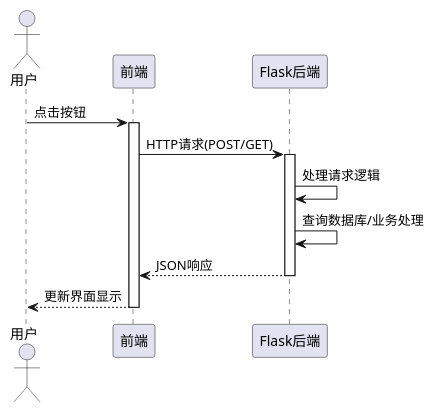
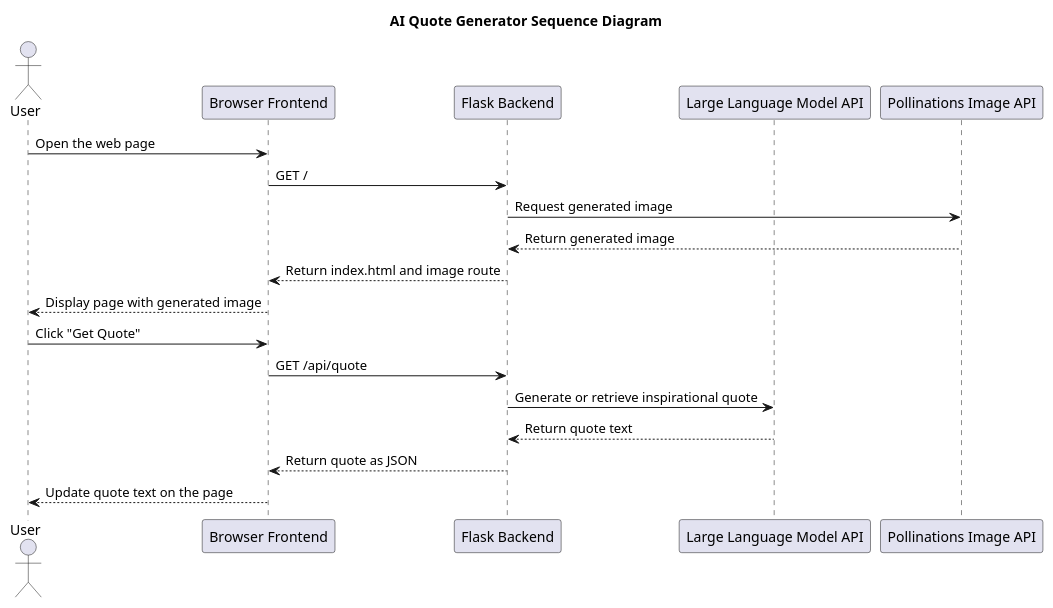
The diagram in diagram.puml (lusoulove/DTS114-CW-AI-Quote), drawn with PlantUML before and after one commit. The commit also changed other lines of this file and 4 other files, not shown here.

```diff
--- a/diagram.puml
+++ b/diagram.puml
@@ -2,21 +1,24 @@
 @startuml
-actor 用户 as User
-participant "前端" as Frontend
-participant "Flask后端" as Backend
+title AI Quote Generator Sequence Diagram
 
-User -> Frontend : 点击按钮
-activate Frontend
+actor User
+participant "Browser Frontend" as Frontend
+participant "Flask Backend" as Backend
+participant "Large Language Model API" as LLM
+participant "Pollinations Image API" as ImageAPI
 
-Frontend -> Backend : HTTP请求(POST/GET)
-activate Backend
+User -> Frontend : Open the web page
+Frontend -> Backend : GET /
+Backend -> ImageAPI : Request generated image
+ImageAPI --> Backend : Return generated image
+Backend --> Frontend : Return index.html and image route
+Frontend --> User : Display page with generated image
 
-Backend -> Backend : 处理请求逻辑
-Backend -> Backend : 查询数据库/业务处理
-
-Backend --> Frontend : JSON响应
-deactivate Backend
-
-Frontend --> User : 更新界面显示
-deactivate Frontend
+User -> Frontend : Click "Get Quote"
+Frontend -> Backend : GET /api/quote
+Backend -> LLM : Generate or retrieve inspirational quote
+LLM --> Backend : Return quote text
+Backend --> Frontend : Return quote as JSON
+Frontend --> User : Update quote text on the page
 
 @enduml
```
